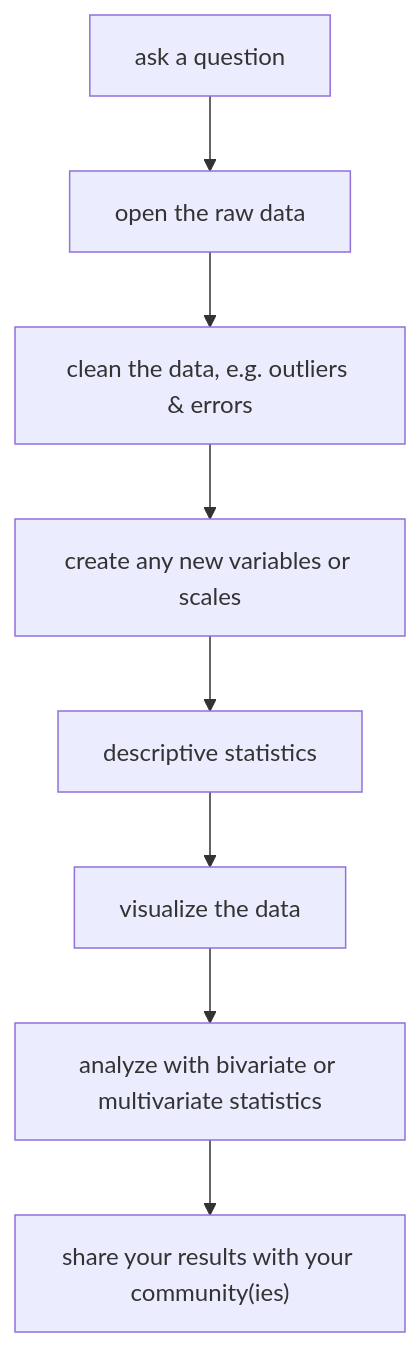
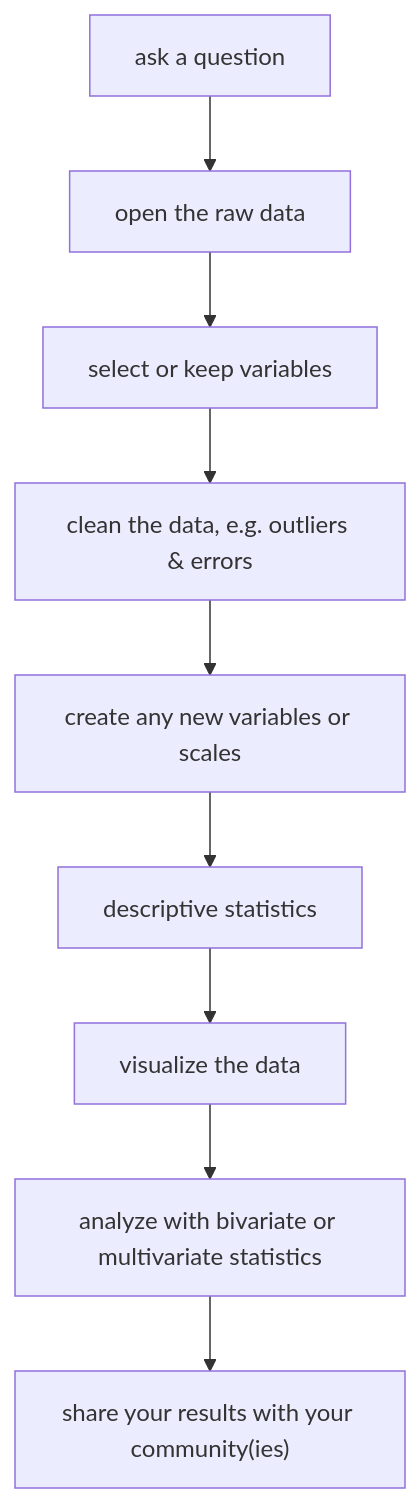
The first of 2 diagrams in workflow/workflow.qmd (agrogan1/teaching), drawn with Mermaid before and after one commit. The commit also changed other lines of this file and 4 other files, not shown here.

````diff
--- a/workflow/workflow.qmd
+++ b/workflow/workflow.qmd
@@ -52,20 +52,22 @@
 ```{mermaid}
-%% fig-cap: "A Common Workflow"
+%%| fig-cap: "A Common Data Workflow"
 
 flowchart TB
 
 ask[ask a question]-->open
 
-open[open the raw data]-->clean
+open[open the raw data]-->keep
+
+keep[select or keep variables]-->clean
 
 clean[clean the data, e.g. outliers & errors]-->wrangle
 
 wrangle[create any new variables or scales]-->descriptives
 
 descriptives[descriptive statistics]-->visualize
 
 visualize[visualize the data]-->analyze
 
 analyze[analyze with bivariate or multivariate statistics]-->share["share your results with your community(ies)"]
 
 ```
````
